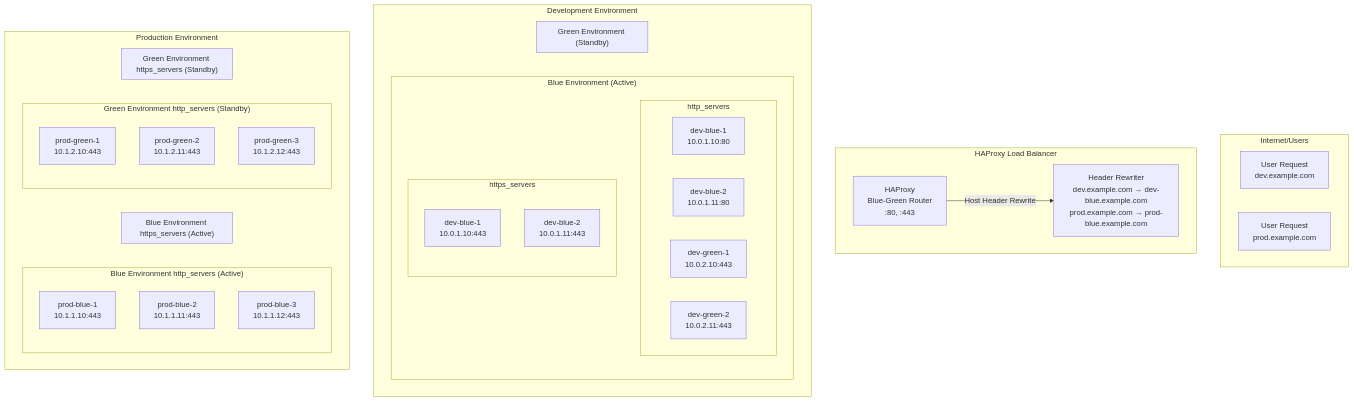
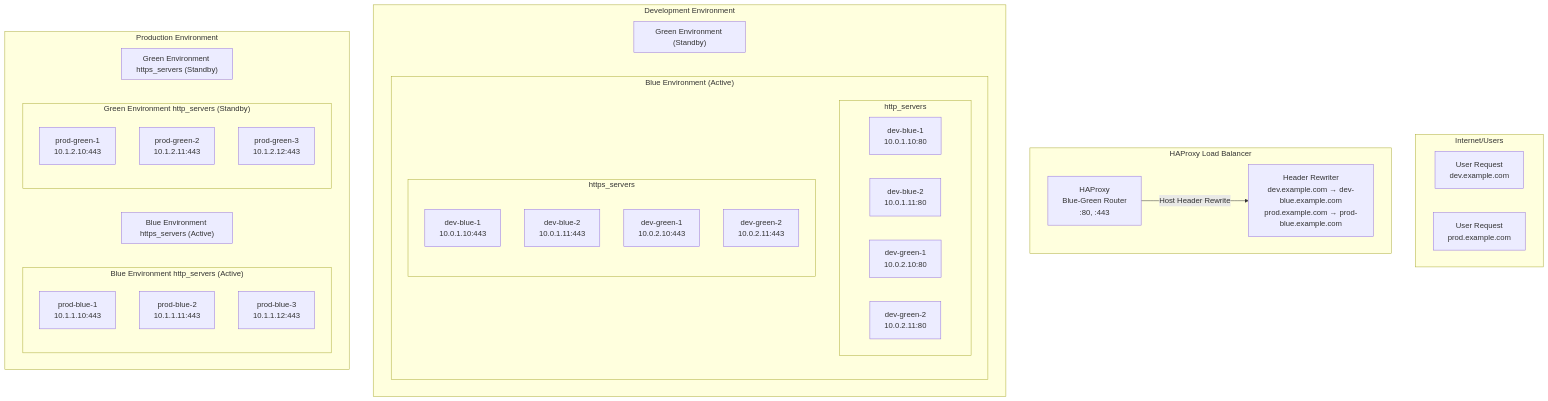
Before and after one commit to cadjai/ocp4-cluster-workload-migration: the diagram in HAPROXY-BLUE-GREEN-README.md, drawn with Mermaid.

Commit message:
edit diagram

````diff
--- a/HAPROXY-BLUE-GREEN-README.md
+++ b/HAPROXY-BLUE-GREEN-README.md
@@ -26,70 +26,70 @@
 ```mermaid
 graph TB
     subgraph "Internet/Users"
         U1[User Request<br/>dev.example.com]
         U2[User Request<br/>prod.example.com]
     end
     
     subgraph "HAProxy Load Balancer"
         H[HAProxy<br/>Blue-Green Router<br/>:80, :443]
         H --> |"Host Header Rewrite"| HR[Header Rewriter<br/>dev.example.com → dev-blue.example.com<br/>prod.example.com → prod-blue.example.com]
     end
     
     subgraph "Development Environment"
 
         subgraph "Blue Environment (Active)"
 
         subgraph "http_servers"
             DB1[dev-blue-1<br/>10.0.1.10:80]
             DB2[dev-blue-2<br/>10.0.1.11:80]
         end
 
         subgraph "https_servers"
             DB3[dev-blue-1<br/>10.0.1.10:443]
             DB4[dev-blue-2<br/>10.0.1.11:443]
         end
 
         end
         
         subgraph "Green Environment (Standby)"
 
             subgraph "http_servers"
                 DG1[dev-green-1<br/>10.0.2.10:80]
                 DG2[dev-green-2<br/>10.0.2.11:80]
             end
 
             subgraph "https_servers"
-                DG1[dev-green-1<br/>10.0.2.10:443]
-                DG2[dev-green-2<br/>10.0.2.11:443]
+                DG3[dev-green-1<br/>10.0.2.10:443]
+                DG4[dev-green-2<br/>10.0.2.11:443]
             end
 
         end
 
     end
     
     subgraph "Production Environment"
         subgraph "Blue Environment http_servers (Active)"
             PB1[prod-blue-1<br/>10.1.1.10:80]
             PB2[prod-blue-2<br/>10.1.1.11:80]
             PB3[prod-blue-3<br/>10.1.1.12:80]
         end
         
         subgraph "Blue Environment https_servers (Active)"
             PB1[prod-blue-1<br/>10.1.1.10:443]
             PB2[prod-blue-2<br/>10.1.1.11:443]
             PB3[prod-blue-3<br/>10.1.1.12:443]
         end
         
         subgraph "Green Environment http_servers (Standby)"
             PG1[prod-green-1<br/>10.1.2.10:80]
             PG2[prod-green-2<br/>10.1.2.11:80]
             PG3[prod-green-3<br/>10.1.2.12:80]
         end
         
         subgraph "Green Environment https_servers (Standby)"
             PG1[prod-green-1<br/>10.1.2.10:443]
             PG2[prod-green-2<br/>10.1.2.11:443]
             PG3[prod-green-3<br/>10.1.2.12:443]
         end
     end
 ```
````
